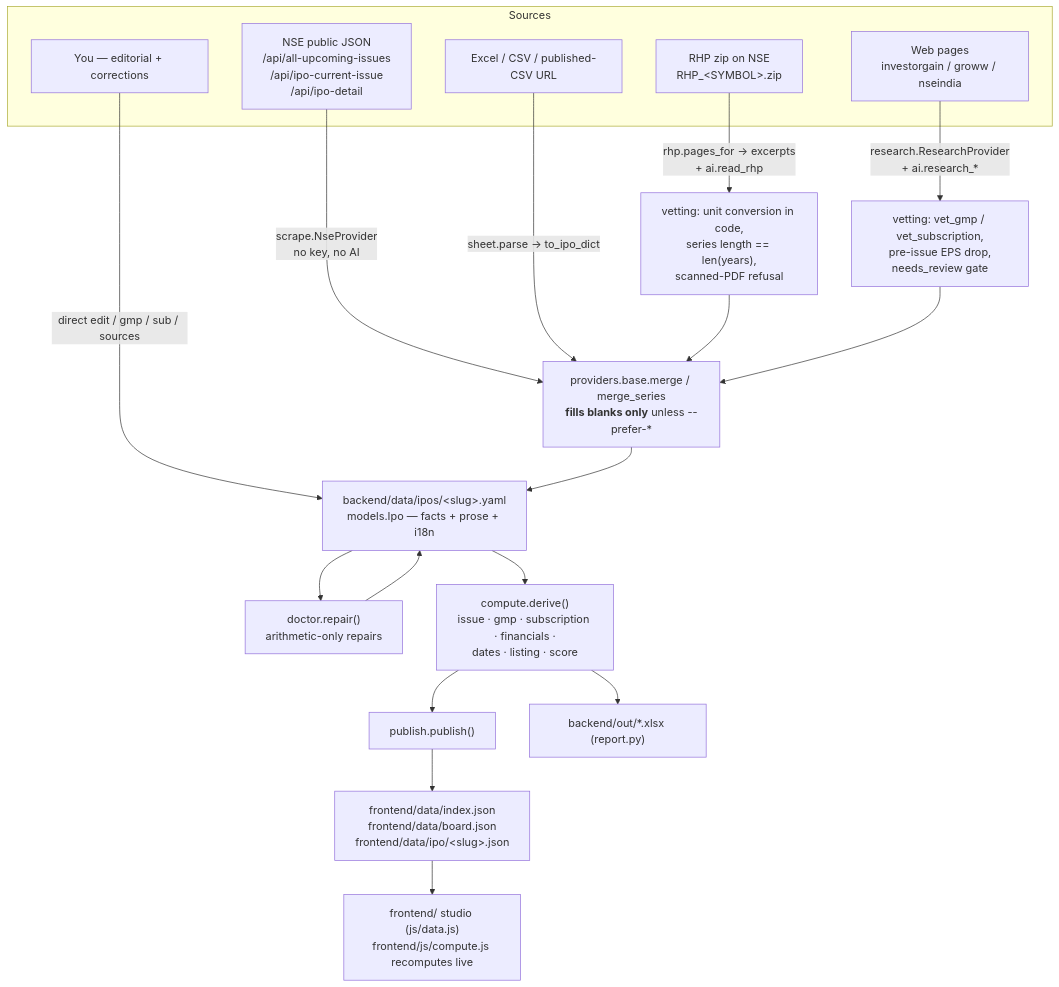
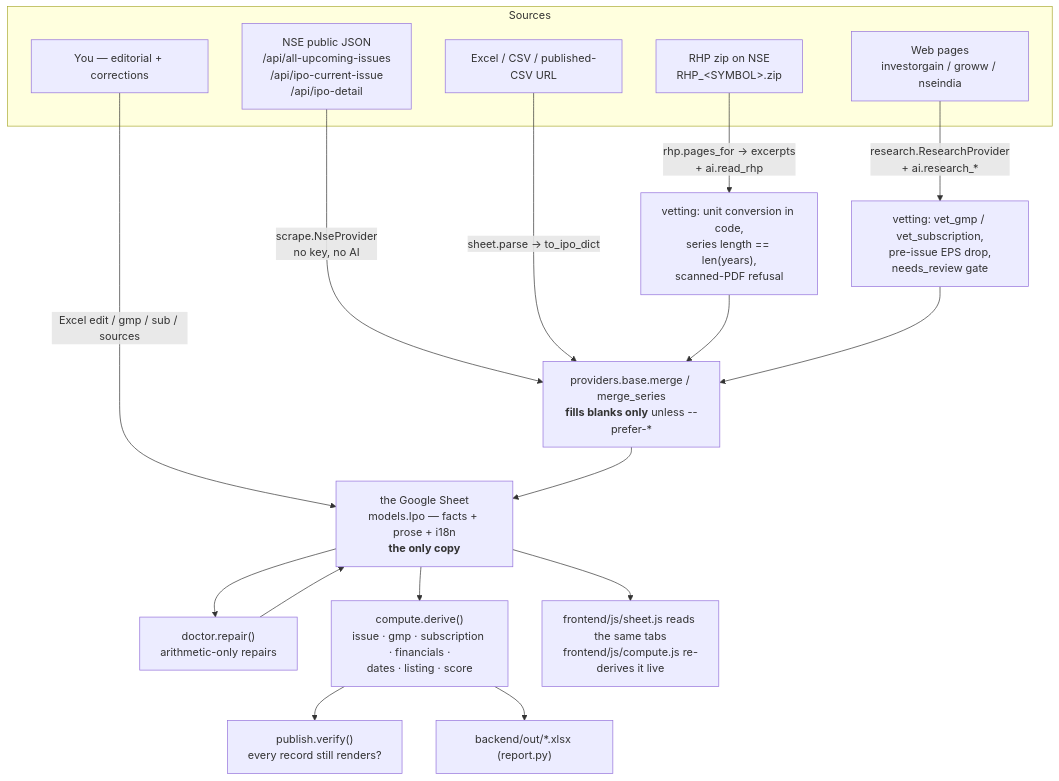
Before and after one commit to Nisanth2003/IPO_PULSE: the diagram in docs/BACKEND.md, drawn with Mermaid. The commit also changed other lines of this file and 65 other files, not shown here.

````diff
--- a/docs/BACKEND.md
+++ b/docs/BACKEND.md
@@ -42,30 +54,29 @@
 ```mermaid
 flowchart TD
   subgraph Sources
     NSE["NSE public JSON<br/>/api/all-upcoming-issues<br/>/api/ipo-current-issue<br/>/api/ipo-detail"]
     RHPZ["RHP zip on NSE<br/>RHP_&lt;SYMBOL&gt;.zip"]
     WEB["Web pages<br/>investorgain / groww / nseindia"]
     XLS["Excel / CSV / published-CSV URL"]
     HUMAN["You — editorial + corrections"]
   end
 
   NSE -->|scrape.NseProvider<br/>no key, no AI| MERGE
   RHPZ -->|rhp.pages_for -> excerpts<br/>+ ai.read_rhp| VET1
   WEB -->|research.ResearchProvider<br/>+ ai.research_*| VET2
   XLS -->|sheet.parse -> to_ipo_dict| MERGE
-  HUMAN -->|direct edit / gmp / sub / sources| YAML
+  HUMAN -->|Excel edit / gmp / sub / sources| BOOK
 
   VET1["vetting: unit conversion in code,<br/>series length == len(years),<br/>scanned-PDF refusal"] --> MERGE
   VET2["vetting: vet_gmp / vet_subscription,<br/>pre-issue EPS drop,<br/>needs_review gate"] --> MERGE
 
-  MERGE["providers.base.merge / merge_series<br/><b>fills blanks only</b> unless --prefer-*"] --> YAML
-  YAML["backend/data/ipos/&lt;slug&gt;.yaml<br/>models.Ipo — facts + prose + i18n"]
+  MERGE["providers.base.merge / merge_series<br/><b>fills blanks only</b> unless --prefer-*"] --> BOOK
+  BOOK["the Google Sheet<br/>models.Ipo — facts + prose + i18n<br/><b>the only copy</b>"]
 
-  YAML --> DOC["doctor.repair()<br/>arithmetic-only repairs"]
-  DOC --> YAML
-  YAML --> COMP["compute.derive()<br/>issue · gmp · subscription · financials ·<br/>dates · listing · score"]
-  COMP --> PUB["publish.publish()"]
-  PUB --> JSON["frontend/data/index.json<br/>frontend/data/board.json<br/>frontend/data/ipo/&lt;slug&gt;.json"]
-  JSON --> STUDIO["frontend/ studio (js/data.js)<br/>frontend/js/compute.js recomputes live"]
+  BOOK --> DOC["doctor.repair()<br/>arithmetic-only repairs"]
+  DOC --> BOOK
+  BOOK --> COMP["compute.derive()<br/>issue · gmp · subscription · financials ·<br/>dates · listing · score"]
+  COMP --> PUB["publish.verify()<br/>every record still renders?"]
+  BOOK --> STUDIO["frontend/js/sheet.js reads the same tabs<br/>frontend/js/compute.js re-derives it live"]
   COMP --> XLSX["backend/out/*.xlsx (report.py)"]
 ```
````
